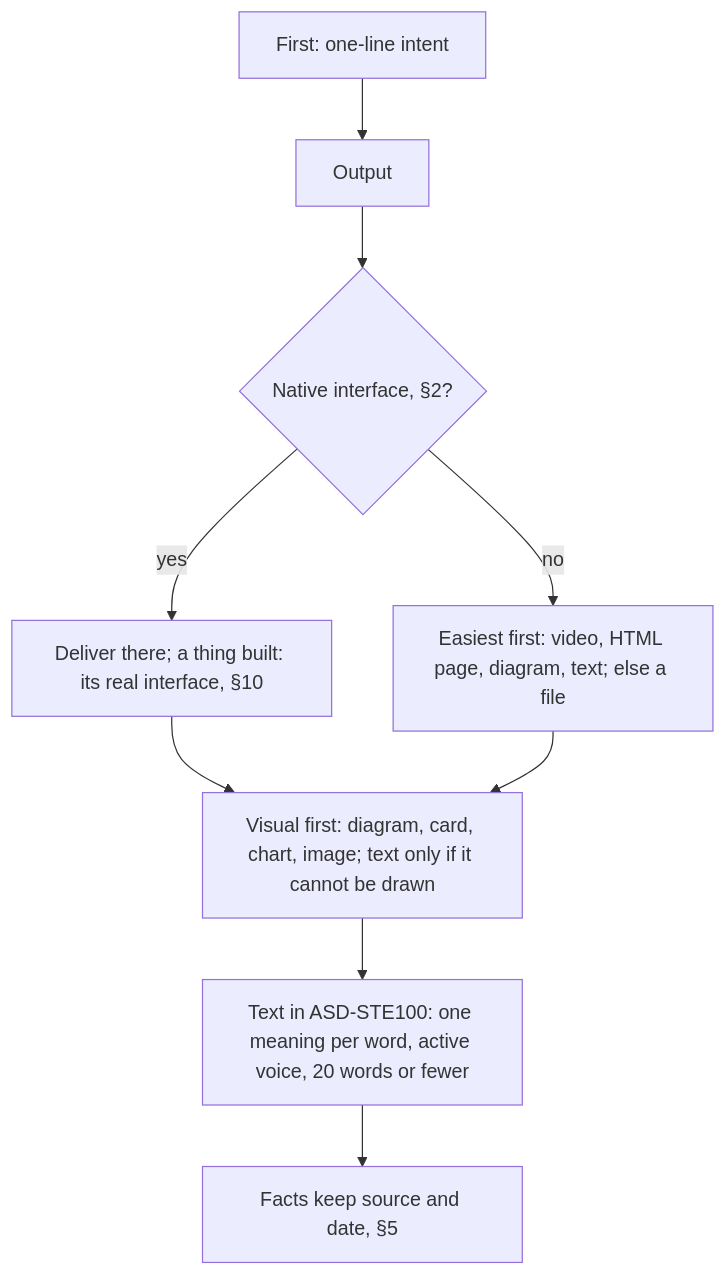
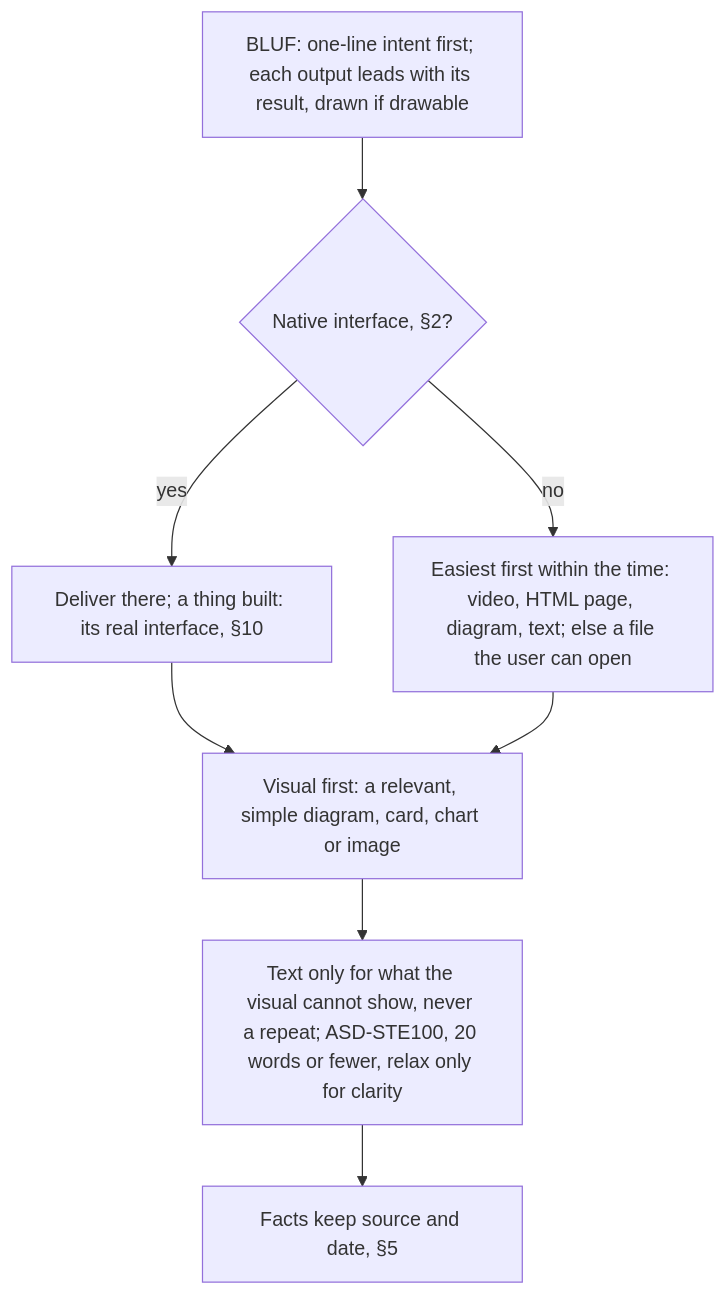
Diagram 12 of 14 in AGENTS.md (SolenixAI/arbiter), drawn with Mermaid before and after one commit. The commit also changed other lines of this file, not shown here.

First line of the commit message:
docs(agents): section 11 leads with the result; text never repeats the visual (#23)

````diff
--- a/AGENTS.md
+++ b/AGENTS.md
@@ -487,10 +485,10 @@
 ```mermaid
 flowchart TD
-  IL[First: one-line intent] --> O[Output] --> N{Native interface, §2?}
+  IL["BLUF: one-line intent first; each output leads with its result, drawn if drawable"] --> N{Native interface, §2?}
   N -->|yes| V["Deliver there; a thing built: its real interface, §10"]
-  N -->|no| F["Easiest first: video, HTML page, diagram, text; else a file"]
-  V --> VF["Visual first: diagram, card, chart, image; text only if it cannot be drawn"]
+  N -->|no| F["Easiest first within the time: video, HTML page, diagram, text; else a file the user can open"]
+  V --> VF["Visual first: a relevant, simple diagram, card, chart or image"]
   F --> VF
-  VF --> T[Text in ASD-STE100: one meaning per word, active voice, 20 words or fewer]
+  VF --> T["Text only for what the visual cannot show, never a repeat; ASD-STE100, 20 words or fewer, relax only for clarity"]
   T --> E["Facts keep source and date, §5"]
 ```
````
